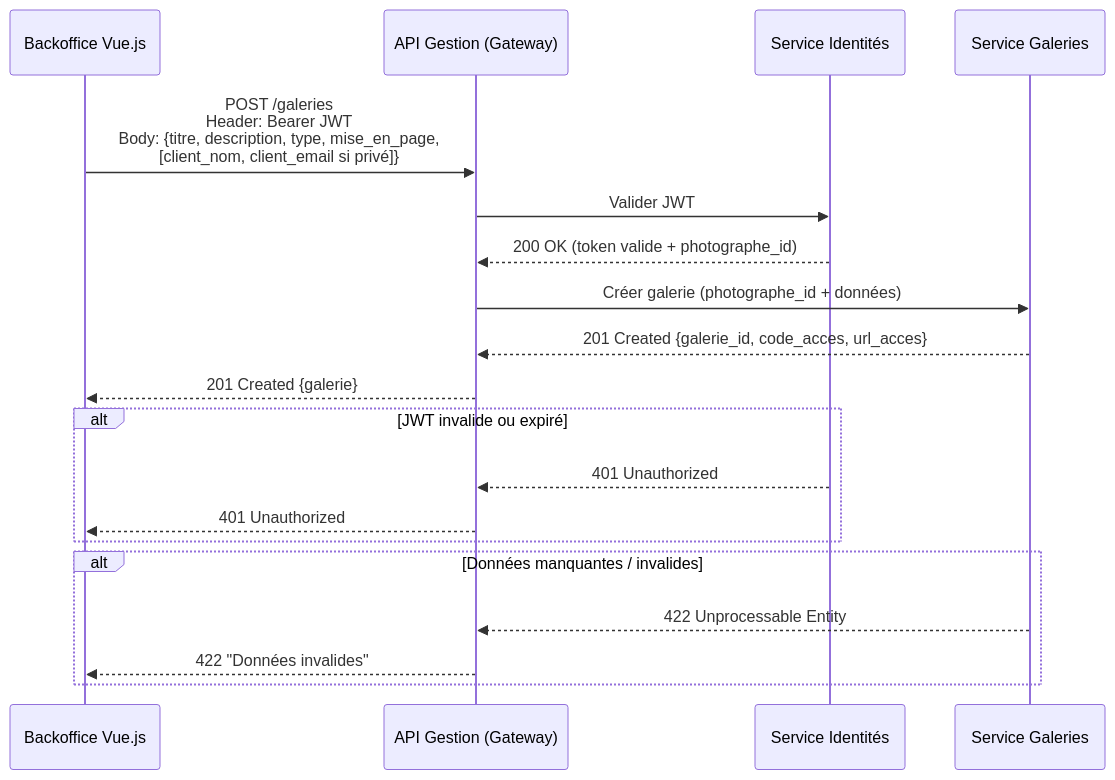
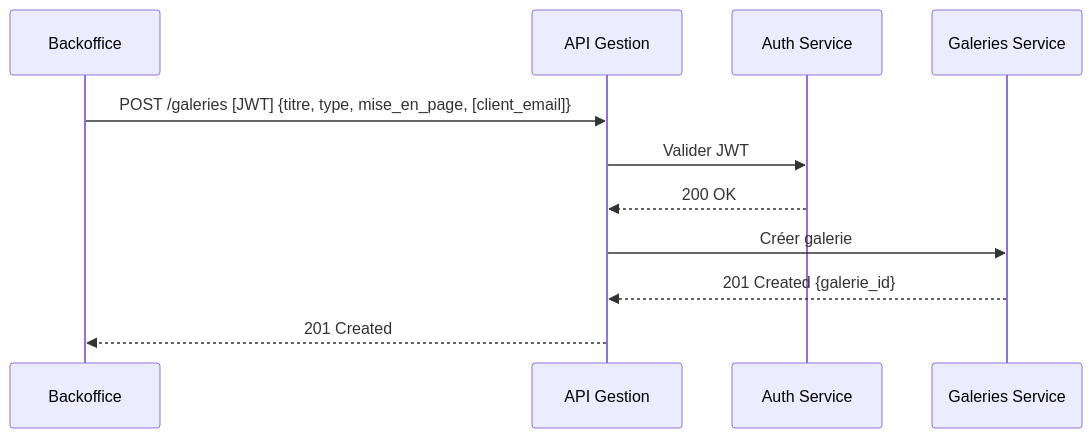
Before and after one commit to Paul5400/photo-pro: the diagram in diagrams/create-gallery-3cd1c0.mmd, drawn with Mermaid. The commit also changed other lines of this file, not shown here.

Commit message:
Update: Create_gallery

```diff
--- a/diagrams/create-gallery-3cd1c0.mmd
+++ b/diagrams/create-gallery-3cd1c0.mmd
@@ -1,21 +1,12 @@
 sequenceDiagram
-    participant FE as Backoffice Vue.js
-    participant GW as API Gestion (Gateway)
-    participant AUTH as Service Identités
-    participant GAL as Service Galeries
+    participant FE as Backoffice
+    participant GW as API Gestion
+    participant AUTH as Auth Service
+    participant GAL as Galeries Service
 
-    FE->>GW: POST /galeries<br/>Header: Bearer JWT<br/>Body: {titre, description, type, mise_en_page,<br/>[client_nom, client_email si privé]}
+    FE->>GW: POST /galeries [JWT] {titre, type, mise_en_page, [client_email]}
     GW->>AUTH: Valider JWT
-    AUTH-->>GW: 200 OK (token valide + photographe_id)
-    GW->>GAL: Créer galerie (photographe_id + données)
-    GAL-->>GW: 201 Created {galerie_id, code_acces, url_acces}
-    GW-->>FE: 201 Created {galerie}
-
-    alt JWT invalide ou expiré
-        AUTH-->>GW: 401 Unauthorized
-        GW-->>FE: 401 Unauthorized
-    end
-    alt Données manquantes / invalides
-        GAL-->>GW: 422 Unprocessable Entity
-        GW-->>FE: 422 "Données invalides"
-    end
+    AUTH-->>GW: 200 OK
+    GW->>GAL: Créer galerie
+    GAL-->>GW: 201 Created {galerie_id}
+    GW-->>FE: 201 Created
```
